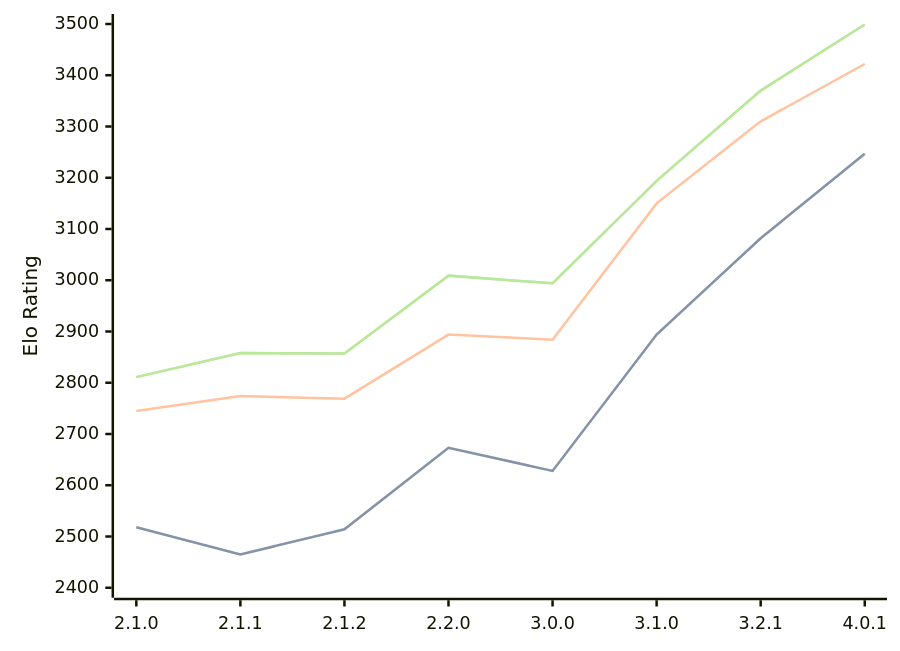
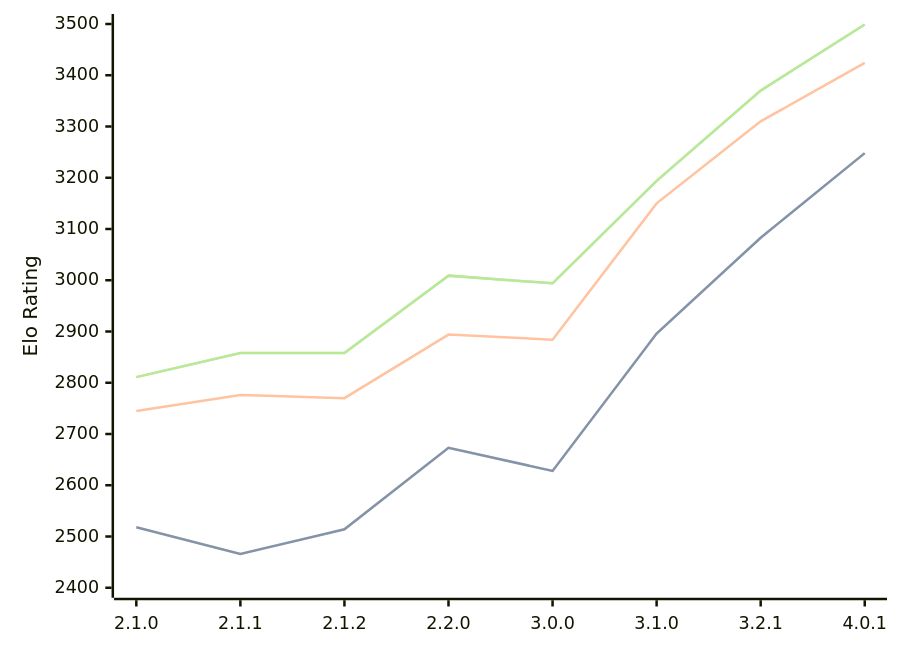
One commit to computer-chess-index/cci changed the diagram in engines/Prune.md. Above: the diagram before and after it, drawn with Mermaid. The commit also changed other lines of this file, not shown here.

Commit message:
Update CCI Ratings (ELO VLTC) - 2026-07-22

````diff
--- a/engines/Prune.md
+++ b/engines/Prune.md
@@ -44,11 +44,11 @@
 ```mermaid
 %%{init: {"theme":"base","themeVariables":{"seriesColors:['#a3a3a3','#222221','#faa371']}}}%%
 xychart-beta
   x-axis ["2.1.0", "2.1.1", "2.1.2", "2.2.0", "3.0.0", "3.1.0", "3.2.1", "4.0.1"]
   y-axis "Elo Rating" 2400 --> 3500
-  line "STC (8.0+0.08s)" [2518, 2465, 2514, 2673, 2628, 2894, 3082, 3247]
-  line "STC (8.0+0.08s)" [2518, 2465, 2514, 2673, 2628, 2894, 3082, 3247]
-  line "LTC (60.0+0.60s)" [2745, 2774, 2769, 2894, 2884, 3150, 3310, 3422]
-  line "VLTC (2m24s+1.12s)" [2811, 2858, 2857, 3009, 2994, 3194, 3370, 3499]
-  line "VLTC (2m24s+1.12s)" [2811, 2858, 2857, 3009, 2994, 3194, 3370, 3499]
+  line "STC (8.0+0.08s)" [2518, 2466, 2514, 2673, 2628, 2896, 3083, 3248]
+  line "STC (8.0+0.08s)" [2518, 2466, 2514, 2673, 2628, 2896, 3083, 3248]
+  line "LTC (60.0+0.60s)" [2745, 2776, 2770, 2894, 2884, 3150, 3310, 3424]
+  line "VLTC (2m24s+1.12s)" [2811, 2858, 2858, 3009, 2994, 3194, 3370, 3499]
+  line "VLTC (2m24s+1.12s)" [2811, 2858, 2858, 3009, 2994, 3194, 3370, 3499]
 ```
````
